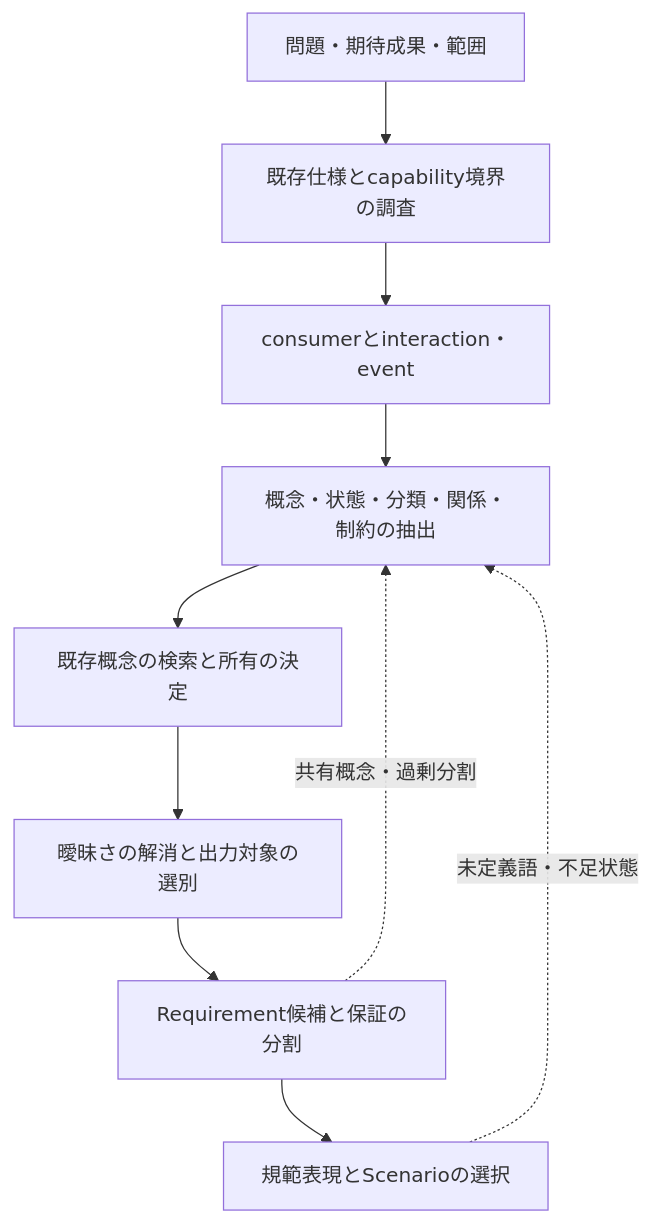
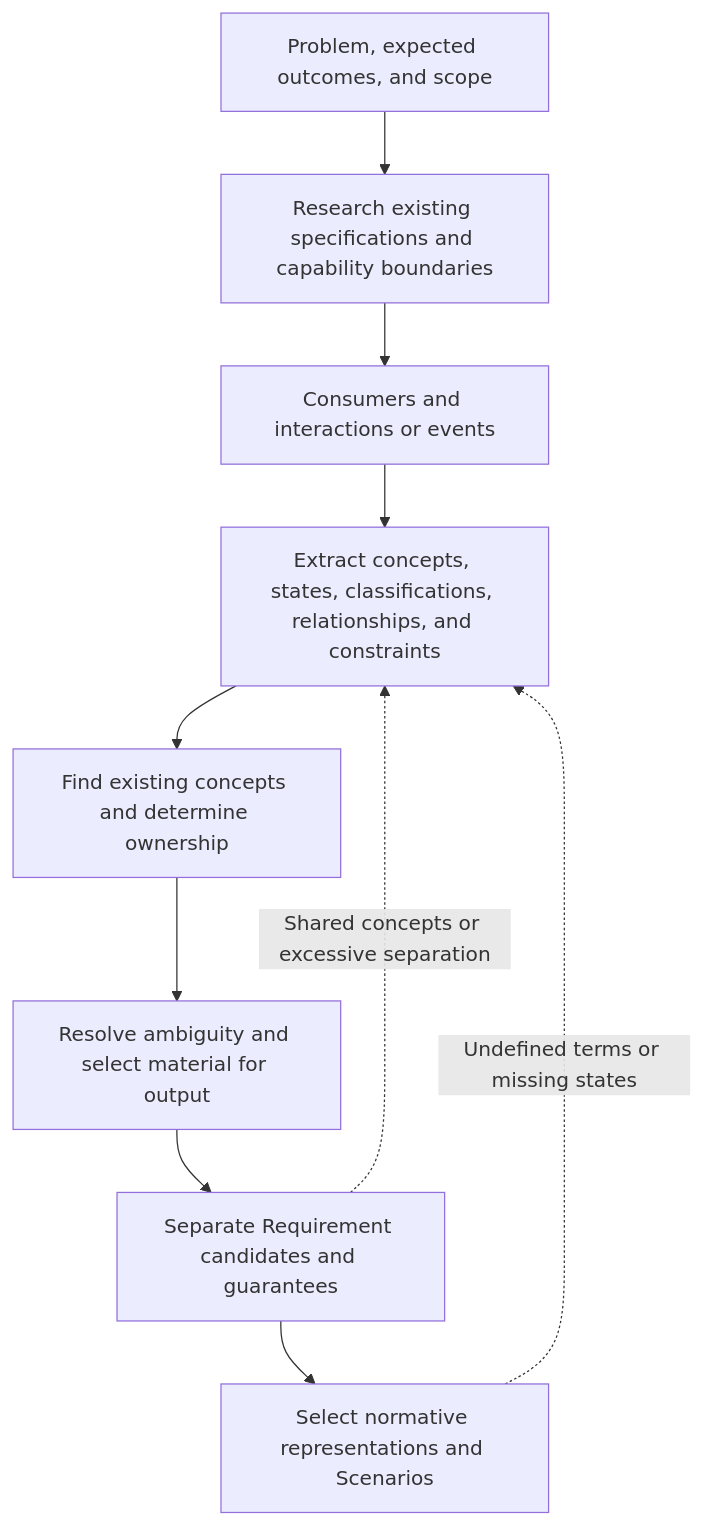
The diagram in openspec/specs/MODELING.md (kotokumu/arcloom), drawn with Mermaid before and after one commit. The commit also changed other lines of this file and 28 other files, not shown here.

````diff
--- a/openspec/specs/MODELING.md
+++ b/openspec/specs/MODELING.md
@@ -8,12 +7,12 @@
 ```mermaid
 flowchart TD
-    A[問題・期待成果・範囲] --> B[既存仕様とcapability境界の調査]
-    B --> C[consumerとinteraction・event]
-    C --> D[概念・状態・分類・関係・制約の抽出]
-    D --> E[既存概念の検索と所有の決定]
-    E --> F[曖昧さの解消と出力対象の選別]
-    F --> G[Requirement候補と保証の分割]
-    G --> H[規範表現とScenarioの選択]
-    H -. 未定義語・不足状態 .-> D
-    G -. 共有概念・過剰分割 .-> D
+    A[Problem, expected outcomes, and scope] --> B[Research existing specifications and capability boundaries]
+    B --> C[Consumers and interactions or events]
+    C --> D[Extract concepts, states, classifications, relationships, and constraints]
+    D --> E[Find existing concepts and determine ownership]
+    E --> F[Resolve ambiguity and select material for output]
+    F --> G[Separate Requirement candidates and guarantees]
+    G --> H[Select normative representations and Scenarios]
+    H -. Undefined terms or missing states .-> D
+    G -. Shared concepts or excessive separation .-> D
 ```
````
